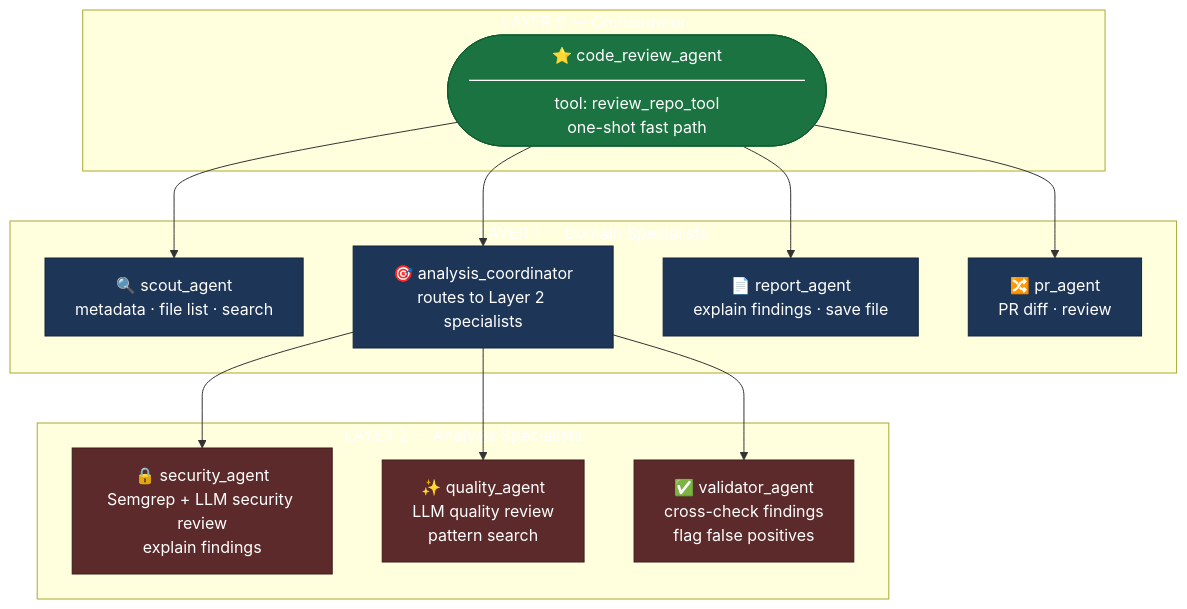
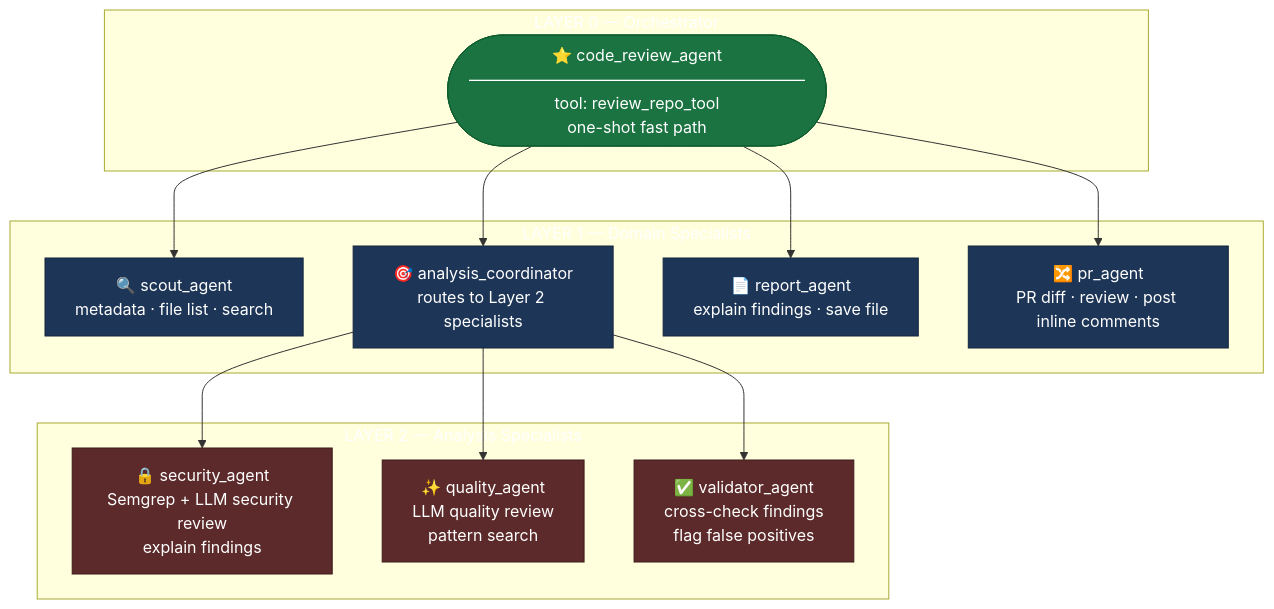
The diagram in README.md (Bardiyashavandi/code_review_agent), drawn with Mermaid before and after one commit. The commit also changed other lines of this file, not shown here.

Commit message:
docs: update README for inline PR comment feature

````diff
--- a/README.md
+++ b/README.md
@@ -61,30 +61,30 @@
 ```mermaid
 flowchart TD
     subgraph L0["LAYER 0 — Orchestrator"]
         Root(["⭐ code_review_agent\n―――――――――――――――――――――\ntool: review_repo_tool\none-shot fast path"])
     end
 
     subgraph L1["LAYER 1 — Domain Specialists"]
         Scout["🔍 scout_agent\nmetadata · file list · search"]
         Coord["🎯 analysis_coordinator\nroutes to Layer 2 specialists"]
         Report["📄 report_agent\nexplain findings · save file"]
-        PR["🔀 pr_agent\nPR diff · review"]
+        PR["🔀 pr_agent\nPR diff · review · post inline comments"]
     end
 
     subgraph L2["LAYER 2 — Analysis Specialists"]
         Sec["🔒 security_agent\nSemgrep + LLM security review\nexplain findings"]
         Qual["✨ quality_agent\nLLM quality review\npattern search"]
         Val["✅ validator_agent\ncross-check findings\nflag false positives"]
     end
 
     Root --> Scout & Coord & Report & PR
     Coord --> Sec & Qual & Val
 
     classDef root fill:#1a7340,color:#fff,stroke:#0d5c2e
     classDef l1   fill:#1d3557,color:#fff,stroke:#14253d
     classDef l2   fill:#5c2a2a,color:#fff,stroke:#3d1a1a
 
     class Root root
     class Scout,Coord,Report,PR l1
     class Sec,Qual,Val l2
 ```
````
